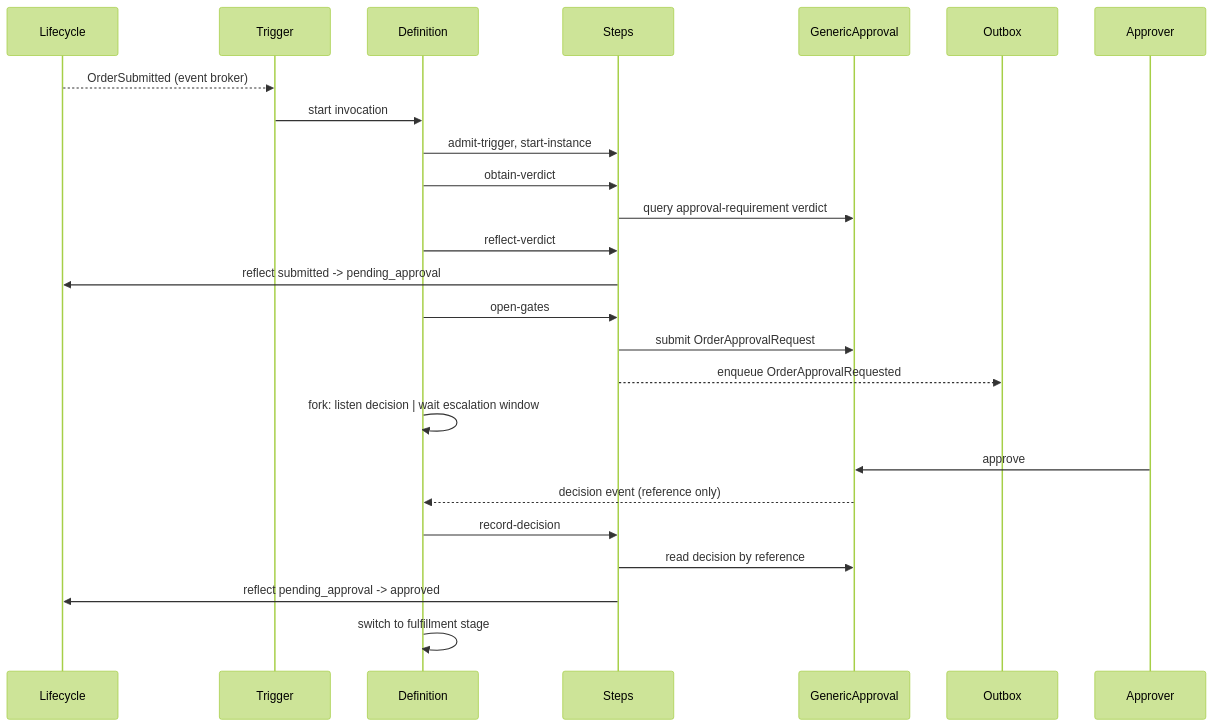
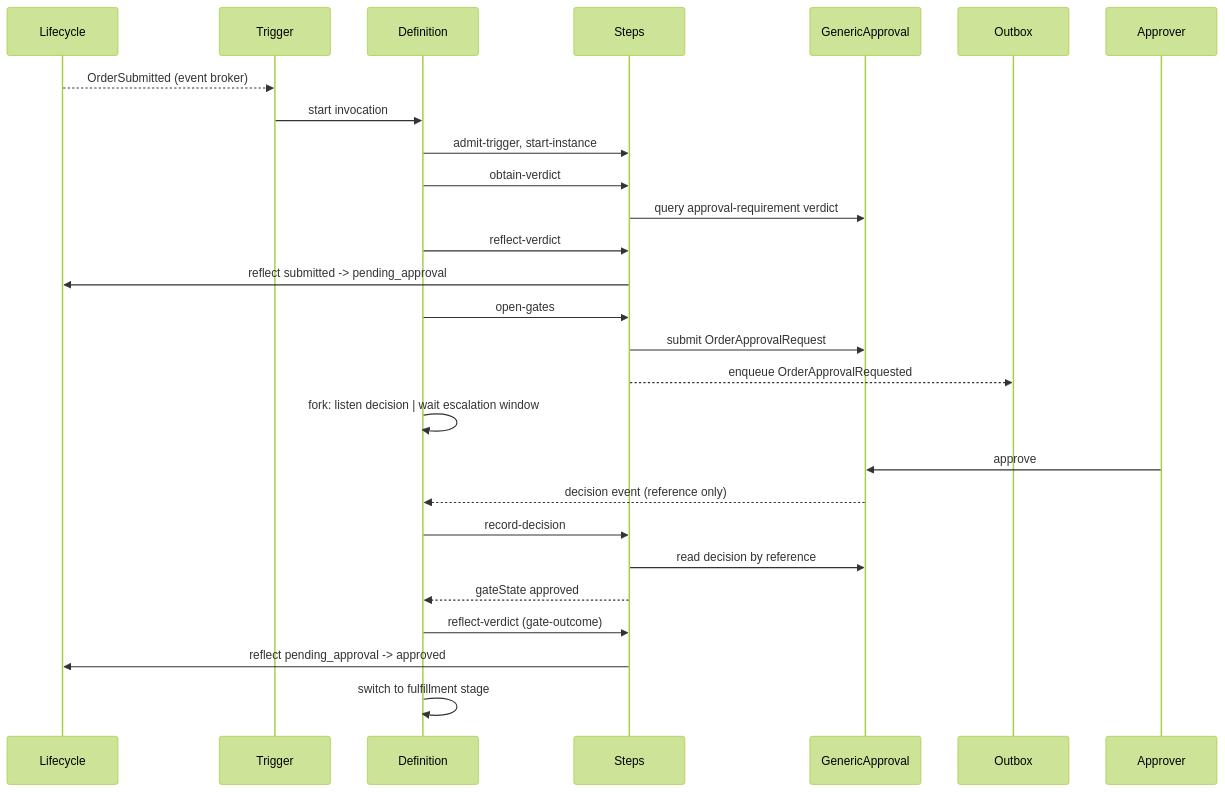
Before and after one commit to constructorfabric/gears-rust: the third of 7 diagrams in gears/bss/orders-workflow/docs/DESIGN.md, drawn with Mermaid (forest theme). The commit also changed other lines of this file and 8 other files, not shown here.

````diff
--- a/gears/bss/orders-workflow/docs/DESIGN.md
+++ b/gears/bss/orders-workflow/docs/DESIGN.md
@@ -815,20 +815,22 @@
 ```mermaid
 sequenceDiagram
     Lifecycle -->> Trigger: OrderSubmitted (event broker)
     Trigger ->> Definition: start invocation
     Definition ->> Steps: admit-trigger, start-instance
     Definition ->> Steps: obtain-verdict
     Steps ->> GenericApproval: query approval-requirement verdict
     Definition ->> Steps: reflect-verdict
     Steps ->> Lifecycle: reflect submitted -> pending_approval
     Definition ->> Steps: open-gates
     Steps ->> GenericApproval: submit OrderApprovalRequest
     Steps -->> Outbox: enqueue OrderApprovalRequested
     Definition ->> Definition: fork: listen decision | wait escalation window
     Approver ->> GenericApproval: approve
     GenericApproval -->> Definition: decision event (reference only)
     Definition ->> Steps: record-decision
     Steps ->> GenericApproval: read decision by reference
+    Steps -->> Definition: gateState approved
+    Definition ->> Steps: reflect-verdict (gate-outcome)
     Steps ->> Lifecycle: reflect pending_approval -> approved
     Definition ->> Definition: switch to fulfillment stage
 ```
````
